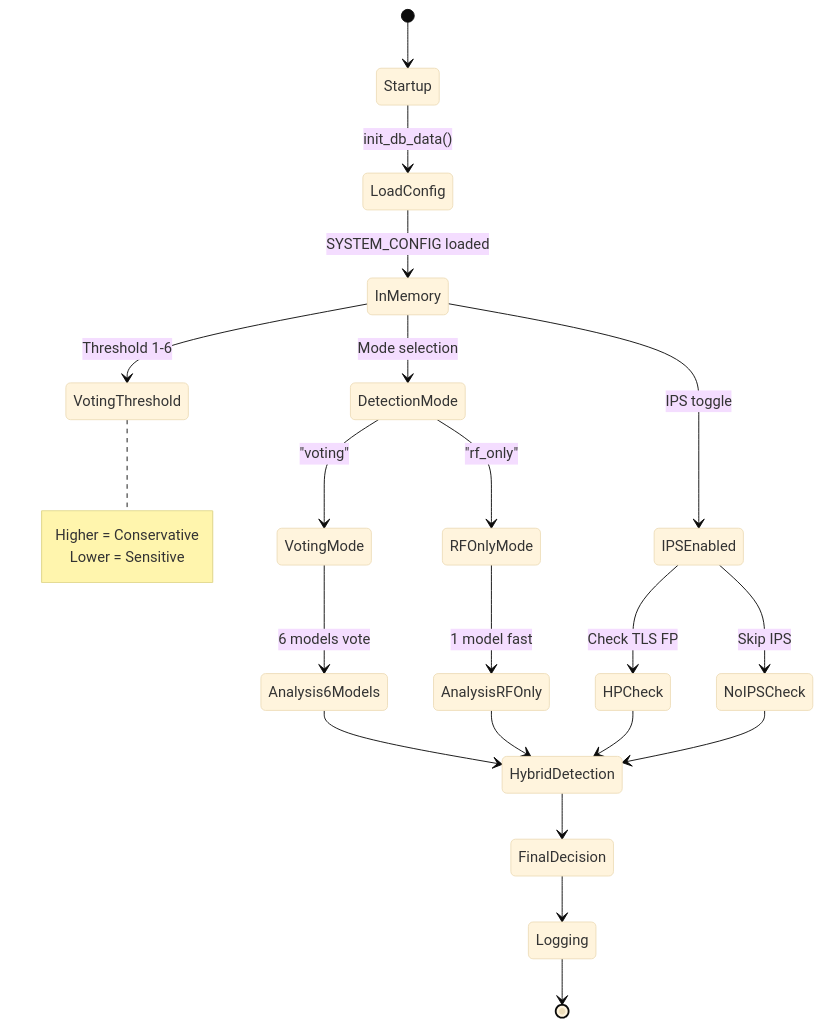
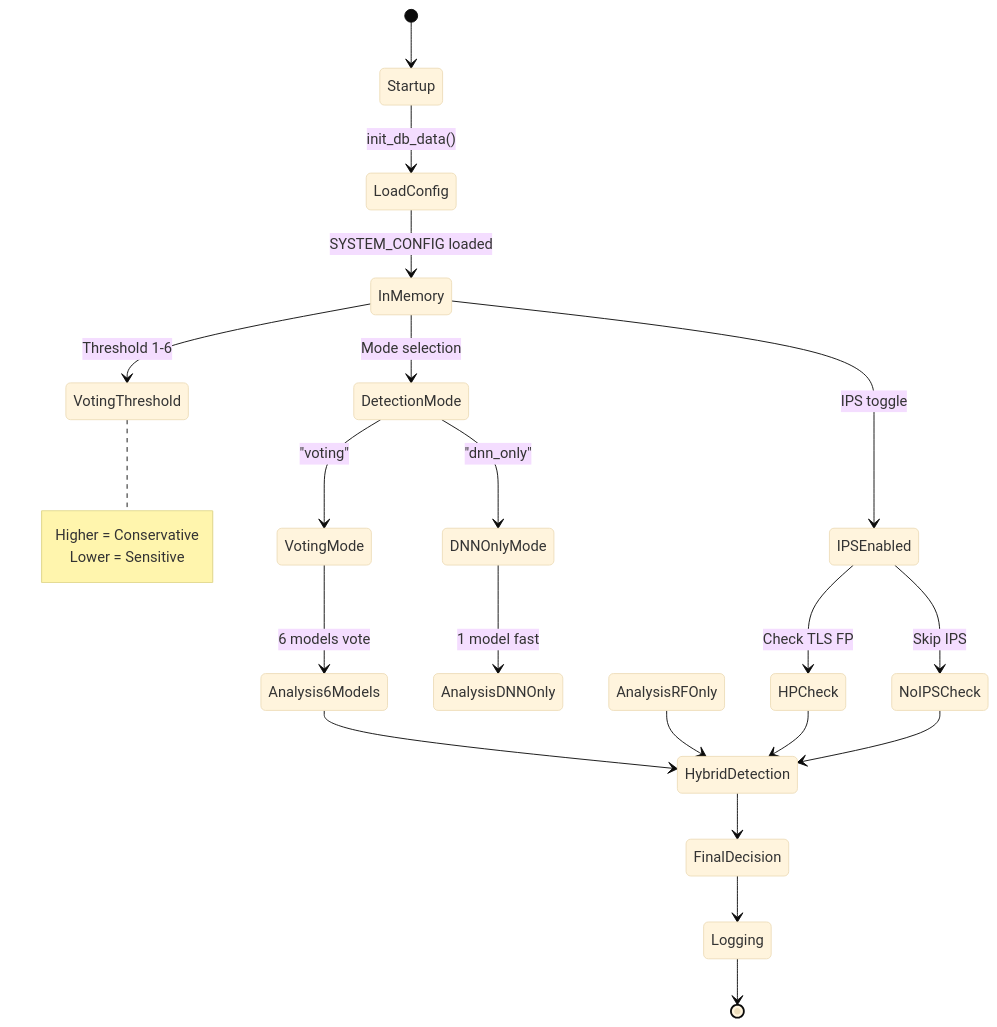
One commit to mobius-infinity/NIDS-Fabric changed the tenth of 10 diagrams in PROJECT_ARCHITECTURE.md. Above: the diagram before and after it, drawn with Mermaid (base theme). The commit also changed 3 other files, not shown here.

Commit message:
Rename rf_only to dnn_only throughout codebase for consistency

````diff
--- a/PROJECT_ARCHITECTURE.md
+++ b/PROJECT_ARCHITECTURE.md
@@ -446,35 +446,35 @@
 ```mermaid
 stateDiagram-v2
     [*] --> Startup
     
     Startup --> LoadConfig: init_db_data()
     LoadConfig --> InMemory: SYSTEM_CONFIG loaded
     
     InMemory --> DetectionMode: Mode selection
     InMemory --> VotingThreshold: Threshold 1-6
     InMemory --> IPSEnabled: IPS toggle
     
     DetectionMode --> VotingMode: "voting"
-    DetectionMode --> RFOnlyMode: "rf_only"
+    DetectionMode --> DNNOnlyMode: "dnn_only"
     
     VotingMode --> Analysis6Models: 6 models vote
-    RFOnlyMode --> AnalysisRFOnly: 1 model fast
+    DNNOnlyMode --> AnalysisDNNOnly: 1 model fast
     
     Analysis6Models --> HybridDetection
     AnalysisRFOnly --> HybridDetection
     
     IPSEnabled --> HPCheck: Check TLS FP
     IPSEnabled --> NoIPSCheck: Skip IPS
     
     HPCheck --> HybridDetection
     NoIPSCheck --> HybridDetection
     
     HybridDetection --> FinalDecision
     FinalDecision --> Logging
     Logging --> [*]
     
     note right of VotingThreshold
         Higher = Conservative
         Lower = Sensitive
     end note
 ```
````
